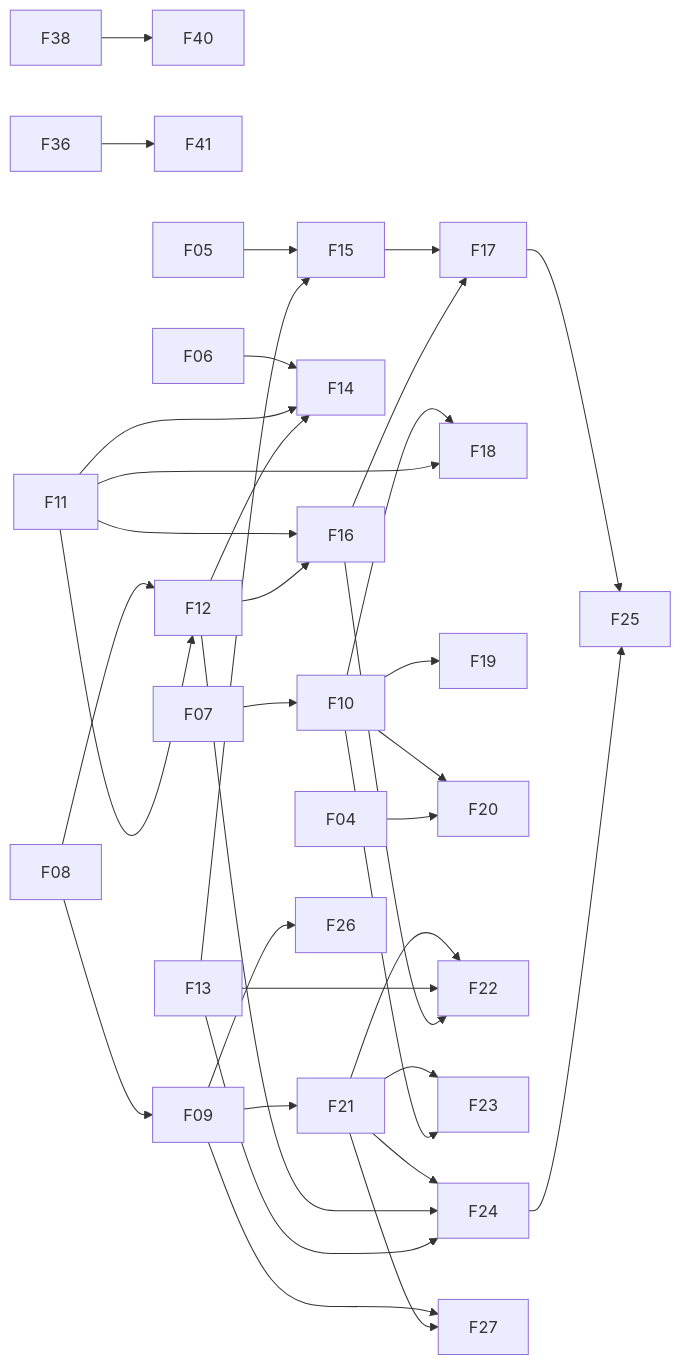
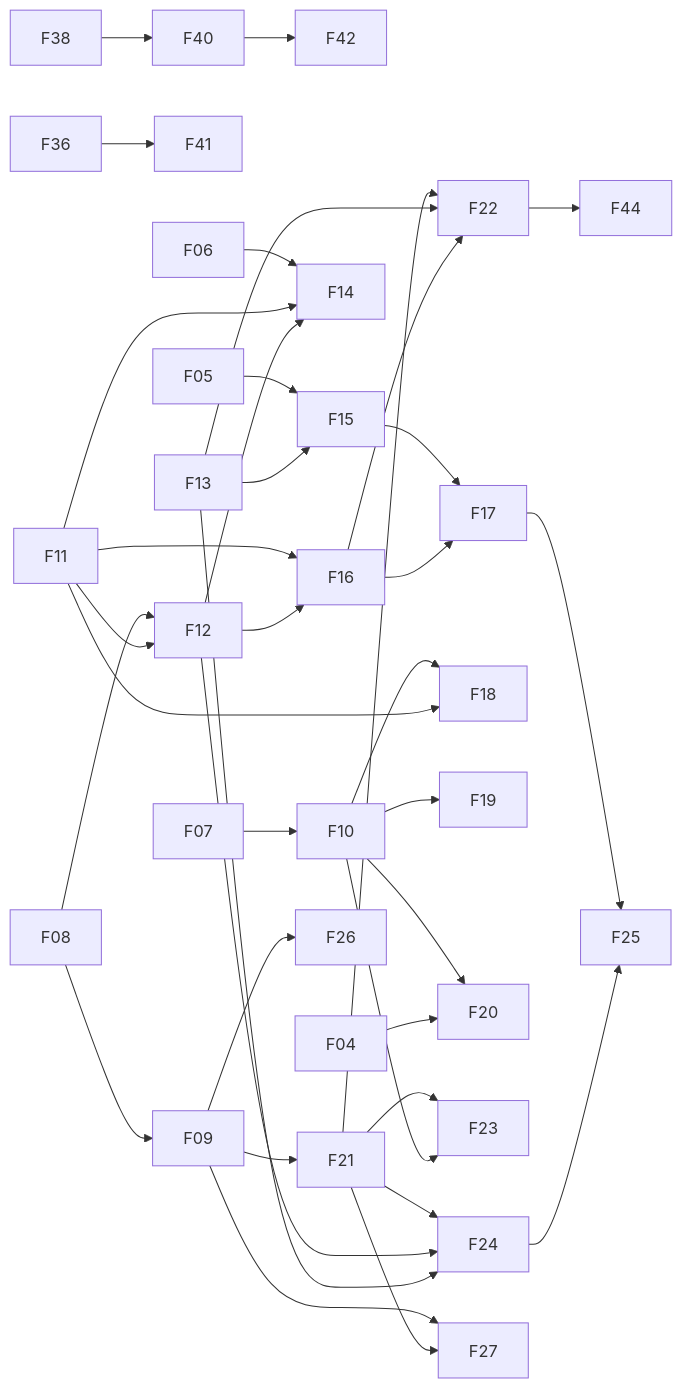
The diagram in Lanyard-Vault/07 Roadmap/00 Master To-Do.md (yinjunshao/lanyard), drawn with Mermaid before and after one commit. The commit also changed other lines of this file and 3 other files, not shown here.

````diff
--- a/Lanyard-Vault/07 Roadmap/00 Master To-Do.md
+++ b/Lanyard-Vault/07 Roadmap/00 Master To-Do.md
@@ -115,37 +119,39 @@
 ```mermaid
 graph LR
+  F40 --> F42
+  F22 --> F44
   F38 --> F40
   F36 --> F41
   F07 --> F10
   F08 --> F09
   F08 --> F12
   F11 --> F12
   F06 --> F14
   F11 --> F14
   F12 --> F14
   F05 --> F15
   F13 --> F15
   F11 --> F16
   F12 --> F16
   F15 --> F17
   F16 --> F17
   F10 --> F18
   F11 --> F18
   F10 --> F19
   F10 --> F20
   F04 --> F20
   F09 --> F21
   F21 --> F22
   F13 --> F22
   F16 --> F22
   F21 --> F23
   F10 --> F23
   F21 --> F24
   F12 --> F24
   F13 --> F24
   F17 --> F25
   F24 --> F25
   F09 --> F26
   F09 --> F27
   F21 --> F27
 ```
````
